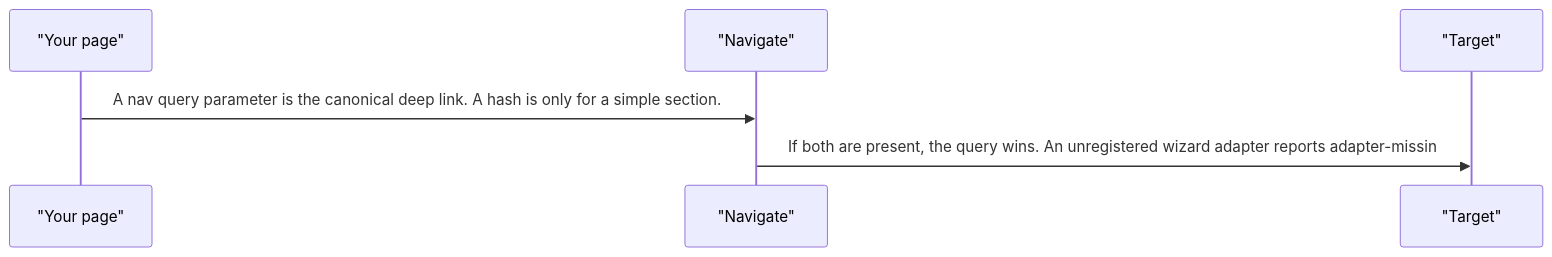
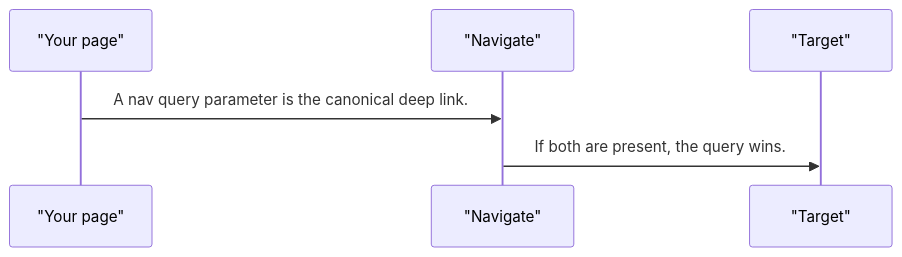
The fourth of 4 diagrams in projects/pixel-ui/src/lib/services/navigate/DESIGN.md (RajshekharBorate/pixel-ui), drawn with Mermaid before and after one commit. The commit also changed other lines of this file and 80 other files, not shown here.

Commit message:
Fill missing design flows and correct the stories that did not match component behavior.

````diff
--- a/projects/pixel-ui/src/lib/services/navigate/DESIGN.md
+++ b/projects/pixel-ui/src/lib/services/navigate/DESIGN.md
@@ -75,8 +75,8 @@
 ```mermaid
 sequenceDiagram
   participant page as "Your page"
   participant nav as "Navigate"
   participant target as "Target"
-  page->>nav: A nav query parameter is the canonical deep link. A hash is only for a simple section.
-  nav->>target: If both are present, the query wins. An unregistered wizard adapter reports adapter-missin
+  page->>nav: A nav query parameter is the canonical deep link.
+  nav->>target: If both are present, the query wins.
 ```
````
